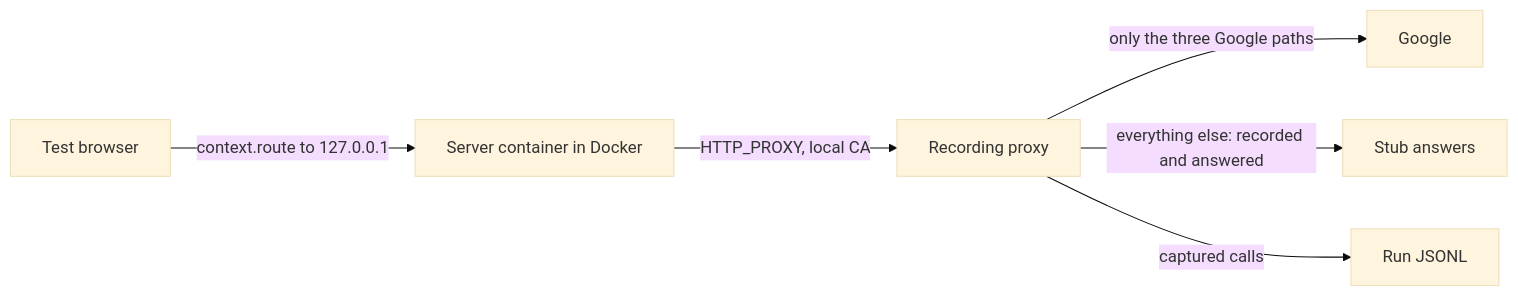
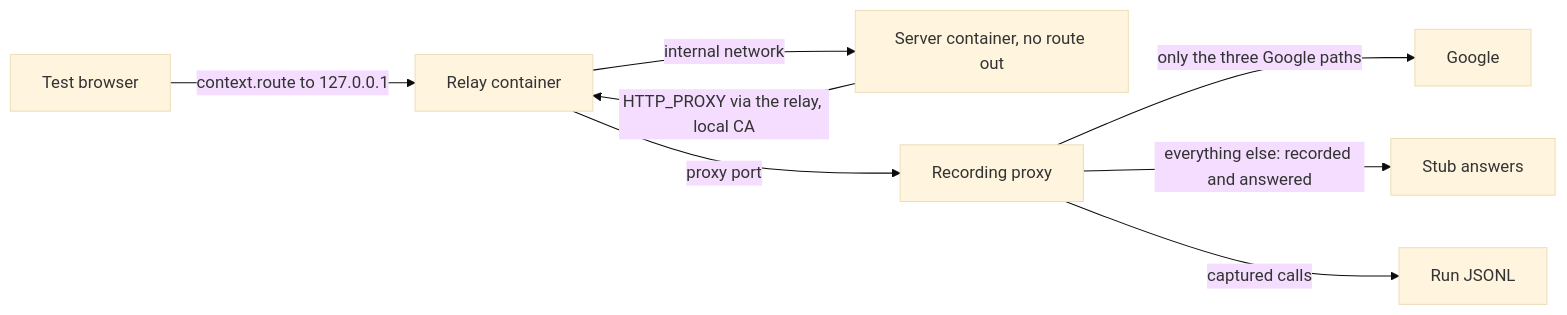
One commit to alfhen/pingwright changed the second of 2 diagrams in docs/plan-0.5.md. Above: the diagram before and after it, drawn with Mermaid (base theme). The commit also changed other lines of this file, not shown here.

````diff
--- a/docs/plan-0.5.md
+++ b/docs/plan-0.5.md
@@ -137,8 +137,10 @@
 ```mermaid
 flowchart LR
-  B[Test browser] -->|context.route to 127.0.0.1| C[Server container in Docker]
-  C -->|HTTP_PROXY, local CA| P[Recording proxy]
+  B[Test browser] -->|context.route to 127.0.0.1| L[Relay container]
+  L -->|internal network| C[Server container, no route out]
+  C -->|HTTP_PROXY via the relay, local CA| L
+  L -->|proxy port| P[Recording proxy]
   P -->|only the three Google paths| G[Google]
   P -->|everything else: recorded and answered| A[Stub answers]
   P -->|captured calls| R[Run JSONL]
 ```
````
